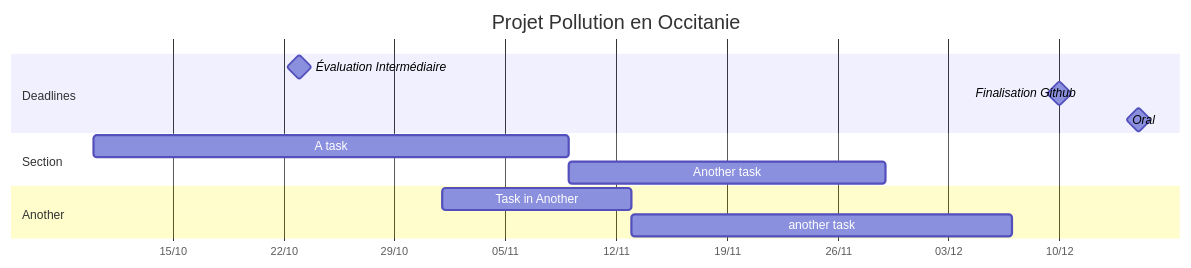
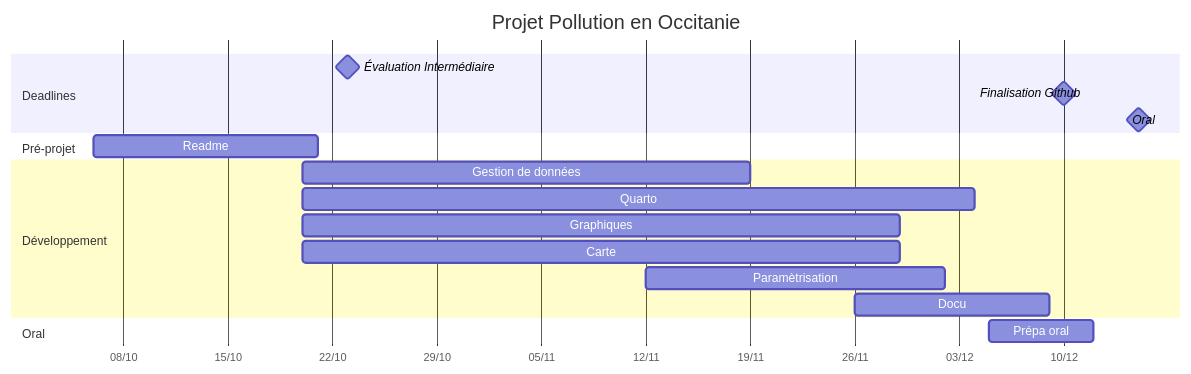
The diagram in README.md (Mario-Lapi/PROJET-Pollution_en_Occitanie), drawn with Mermaid before and after one commit. The commit also changed other lines of this file, not shown here.

Commit message:
mise à jour Gantt

````diff
--- a/README.md
+++ b/README.md
@@ -15,16 +15,21 @@
 ```mermaid
 gantt
     title Projet Pollution en Occitanie
     dateFormat DD-MM
     axisFormat %d/%m
     section Deadlines
         Évaluation Intermédiaire : milestone, 23-10, 0d
         Finalisation Github : milestone, 10-12, 0d
         Oral : milestone, 15-12, 0d
-    section Section
-        A task          :a1, 10-10, 30d
-        Another task    :after a1, 20d
-    section Another
-        Task in Another :01-11, 12d
-        another task    :24d
+    section Pré-projet
+        Readme :06-10, 15d
+    section Développement
+        Gestion de données : 20-10, 30d
+        Quarto          :a1,20-10, 45d
+        Graphiques      :g1, 20-10, 40d
+        Carte           :20-10, 40d
+        Paramètrisation :12-11, 20d
+        Docu   :26-11, 13d
+    section Oral
+        Prépa oral : 05-12, 7d
 ```
````
